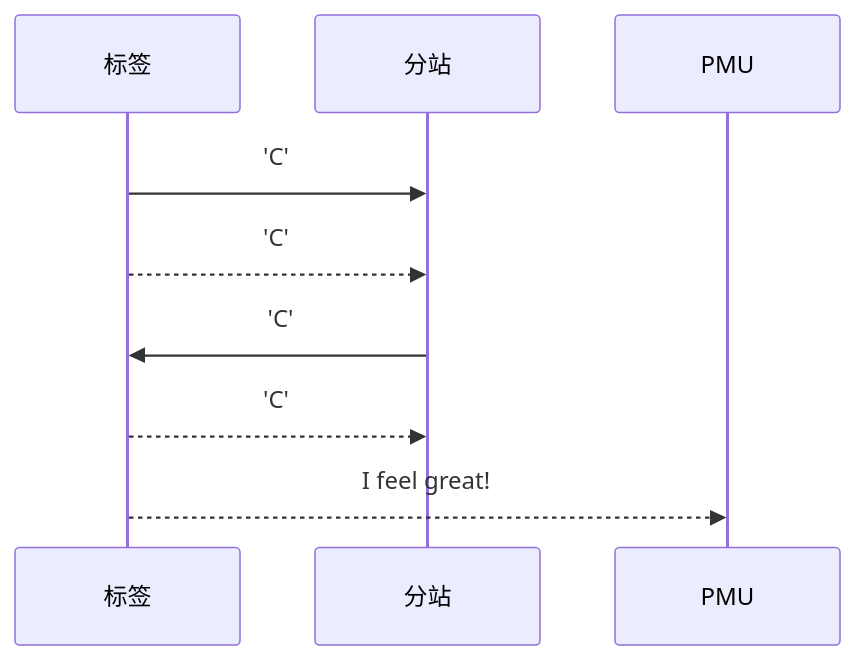
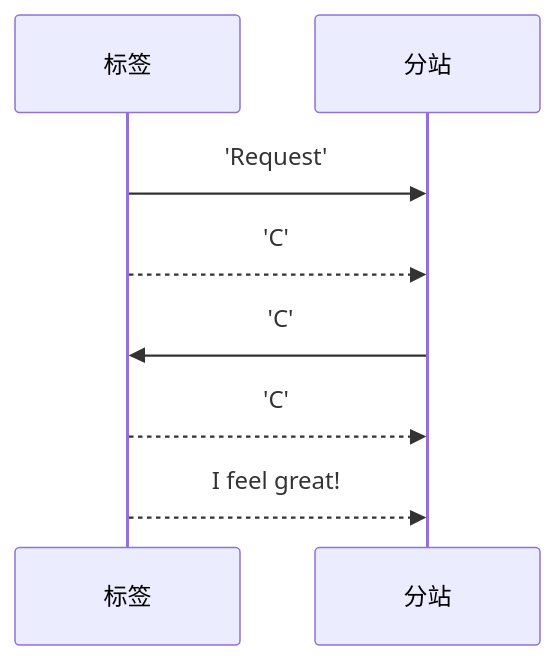
The diagram in all/未命名.md (geek-zhao/iodraw-files), drawn with Mermaid before and after one commit.

Commit message:
2024-08-17 13:53:48 update

````diff
--- a/all/未命名.md
+++ b/all/未命名.md
@@ -1,9 +1,9 @@
 ```mermaid
 sequenceDiagram
-    标签->>分站: 'C'
+    标签->>分站: 'Request'
     标签-->>分站: 'C'
     分站->>标签: 'C'
     标签-->>分站: 'C'
-    标签-->>PMU: I feel great!
+    标签-->>分站: I feel great!
             
 ```
````
